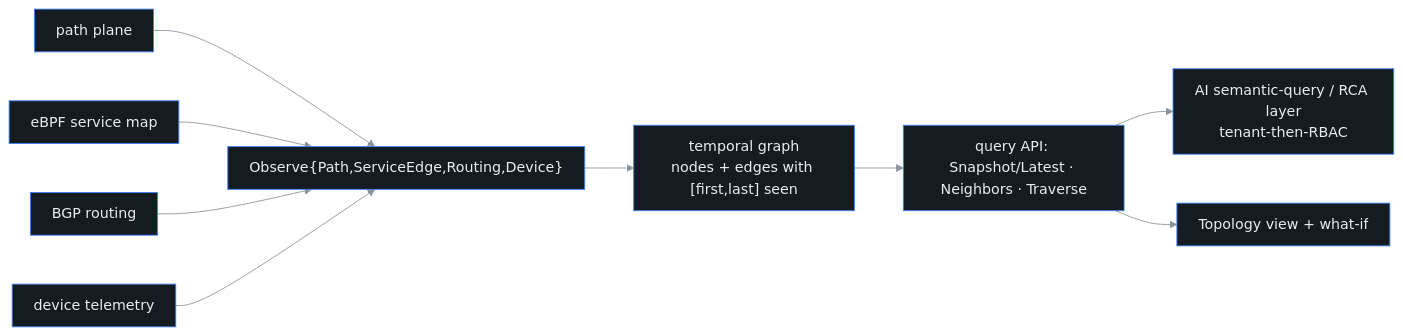
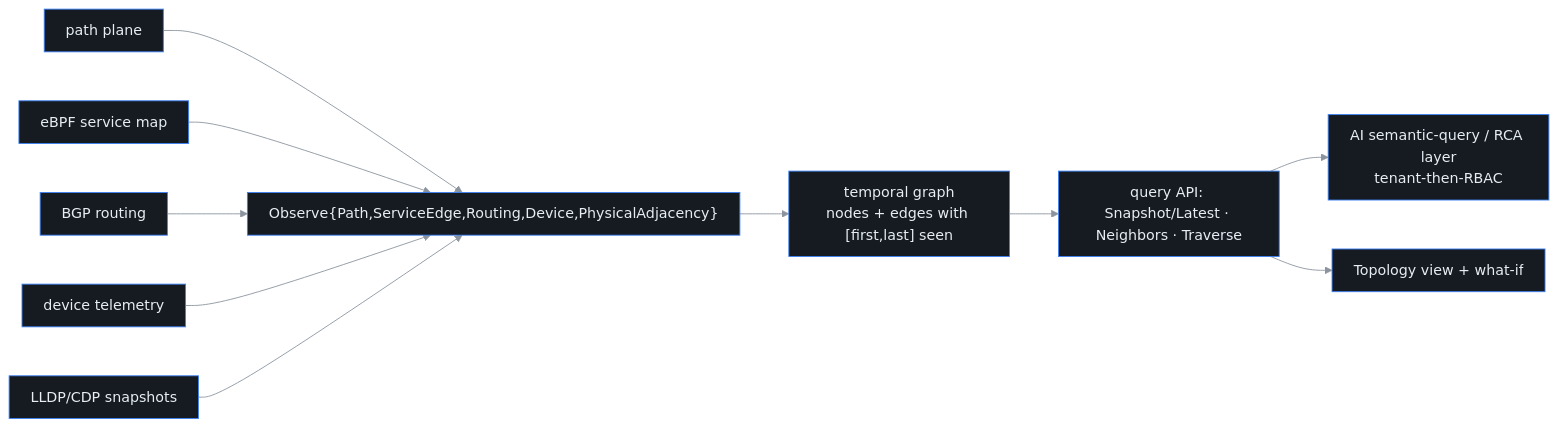
The diagram in docs/topology.md (ctlplne/probectl), drawn with Mermaid before and after one commit. The commit also changed other lines of this file and 57 other files, not shown here.

First line of the commit message:
feat(device): add physical neighbor evidence

````diff
--- a/docs/topology.md
+++ b/docs/topology.md
@@ -63,12 +65,13 @@
 ```mermaid
 %%{init: {'theme':'base','themeVariables':{'background':'#0d1117','primaryColor':'#161b22','primaryTextColor':'#e6edf3','primaryBorderColor':'#3b82f6','lineColor':'#8b949e','secondaryColor':'#21262d','tertiaryColor':'#0d1117','clusterBkg':'#161b22','clusterBorder':'#30363d','fontFamily':'ui-monospace, SFMono-Regular, Menlo, monospace'},'flowchart':{'curve':'basis','nodeSpacing':55,'rankSpacing':55,'padding':12}}}%%
 flowchart LR
   P["path plane"] --> B
   F["eBPF service map"] --> B
   R["BGP routing"] --> B
   D["device telemetry"] --> B
-  B["Observe{Path,ServiceEdge,Routing,Device}"] --> G["temporal graph<br/>nodes + edges with [first,last] seen"]
+  N["LLDP/CDP snapshots"] --> B
+  B["Observe{Path,ServiceEdge,Routing,Device,PhysicalAdjacency}"] --> G["temporal graph<br/>nodes + edges with [first,last] seen"]
   G --> Q["query API: Snapshot/Latest · Neighbors · Traverse"]
   Q --> AI["AI semantic-query / RCA layer<br/>tenant-then-RBAC"]
   Q --> UI["Topology view + what-if"]
 ```
````
